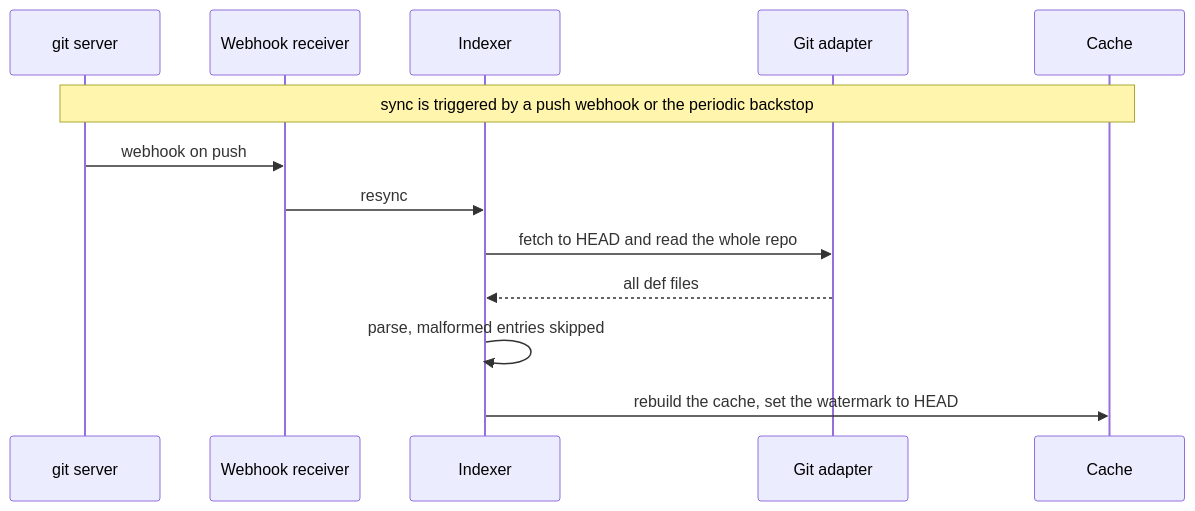
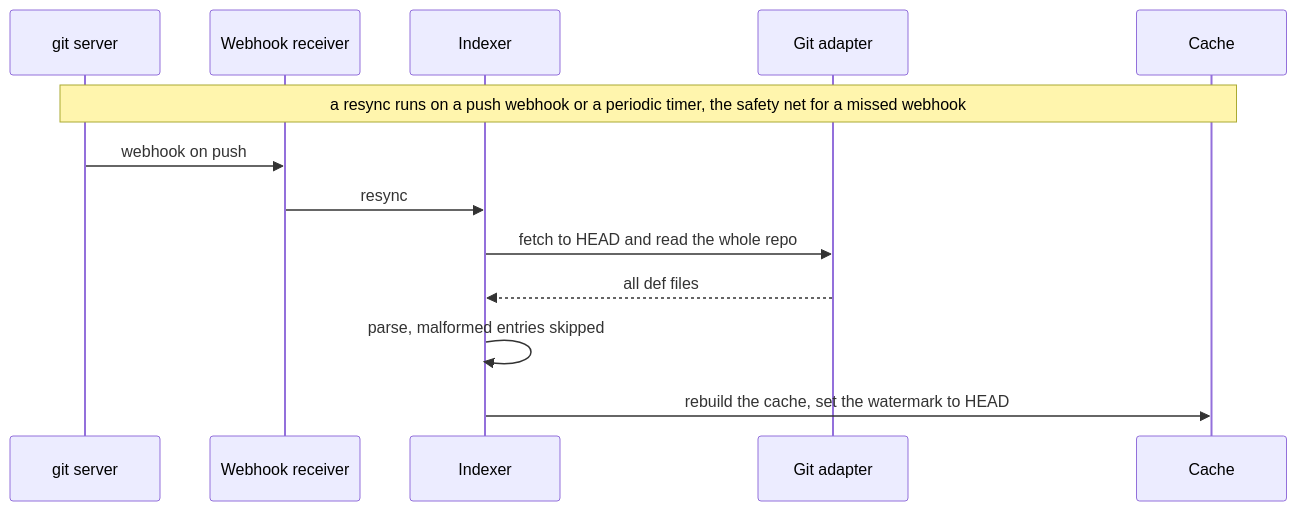
One commit to Netcracker/qubership-envgene changed the fourth of 5 diagrams in docs/analysis/app-reg-def-service/design/architecture.md. Above: the diagram before and after it, drawn with Mermaid. The commit also changed other lines of this file and 5 other files, not shown here.

First line of the commit message:
docs: unify on resync, retire backstop, add a glossary, drop Depends-on

````diff
--- a/docs/analysis/app-reg-def-service/design/architecture.md
+++ b/docs/analysis/app-reg-def-service/design/architecture.md
@@ -93,15 +93,15 @@
 ```mermaid
 sequenceDiagram
   participant GS as git server
   participant WR as Webhook receiver
   participant IX as Indexer
   participant GA as Git adapter
   participant Cache
-  Note over GS,Cache: sync is triggered by a push webhook or the periodic backstop
+  Note over GS,Cache: a resync runs on a push webhook or a periodic timer, the safety net for a missed webhook
   GS->>WR: webhook on push
   WR->>IX: resync
   IX->>GA: fetch to HEAD and read the whole repo
   GA-->>IX: all def files
   IX->>IX: parse, malformed entries skipped
   IX->>Cache: rebuild the cache, set the watermark to HEAD
 ```
````
